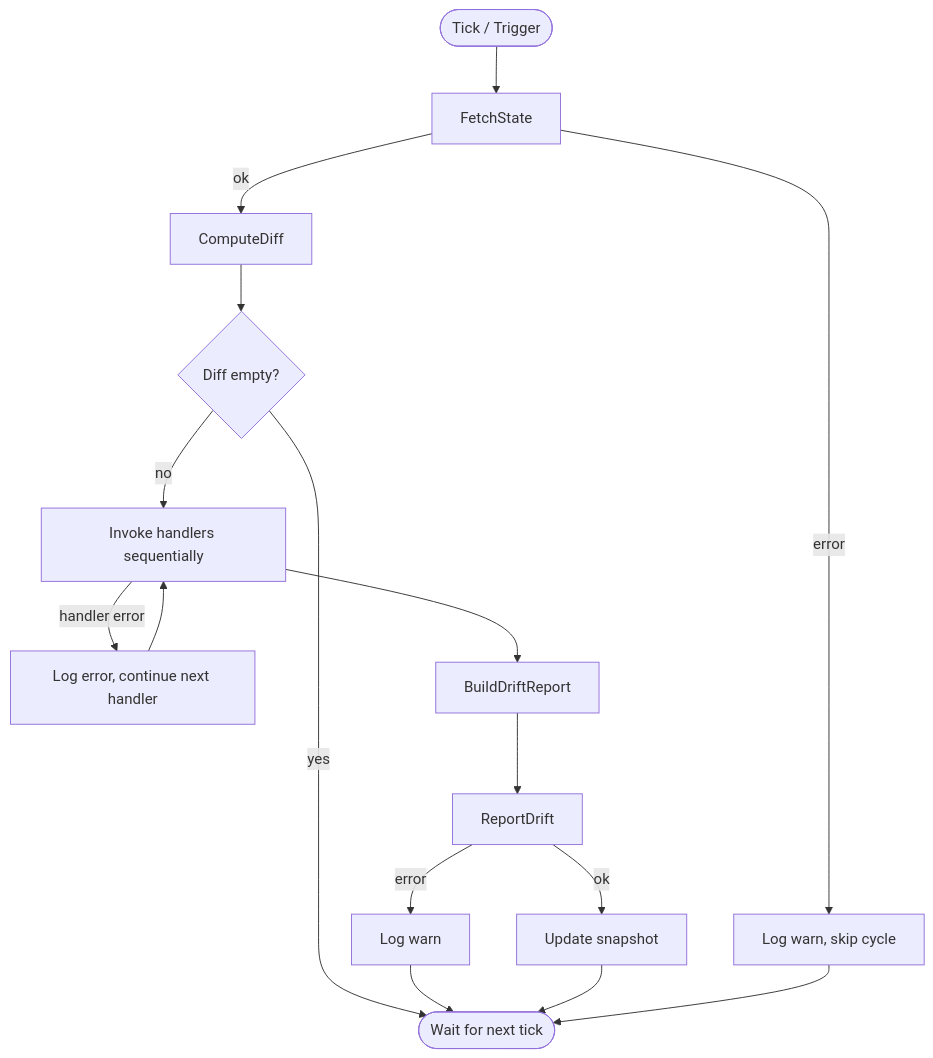
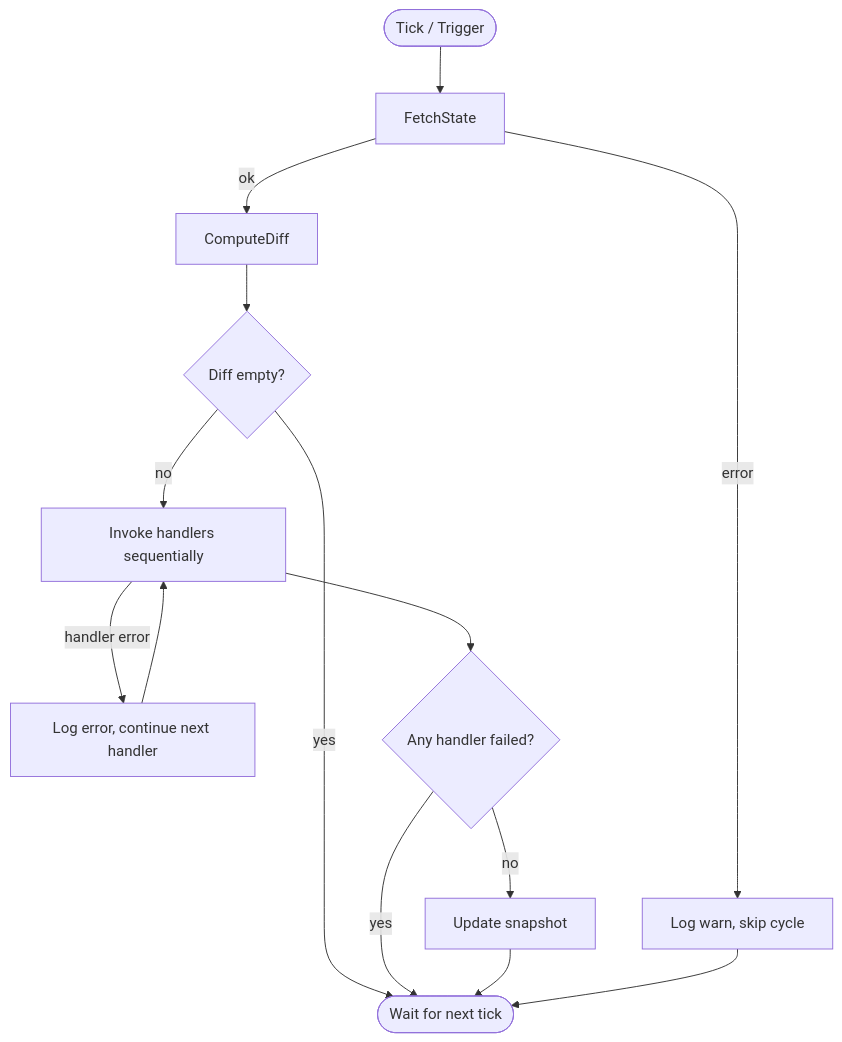
Before and after one commit to plexsphere/plexd: the diagram in docs/reference/core/reconciliation.md, drawn with Mermaid. The commit also changed other lines of this file and 19 other files, not shown here.

````diff
--- a/docs/reference/core/reconciliation.md
+++ b/docs/reference/core/reconciliation.md
@@ -109,18 +112,16 @@
 ```mermaid
 flowchart TD
     START([Tick / Trigger]) --> FETCH[FetchState]
     FETCH -->|error| SKIP_ERR[Log warn, skip cycle]
     FETCH -->|ok| DIFF[ComputeDiff]
     DIFF --> EMPTY{Diff empty?}
     EMPTY -->|yes| DONE([Wait for next tick])
     EMPTY -->|no| HANDLERS[Invoke handlers sequentially]
     HANDLERS -->|handler error| LOG_ERR[Log error, continue next handler]
     LOG_ERR --> HANDLERS
-    HANDLERS --> REPORT[BuildDriftReport]
-    REPORT --> SEND[ReportDrift]
-    SEND -->|error| LOG_WARN[Log warn]
-    SEND -->|ok| SNAPSHOT[Update snapshot]
-    LOG_WARN --> DONE
+    HANDLERS --> FAILED{Any handler failed?}
+    FAILED -->|yes| DONE
+    FAILED -->|no| SNAPSHOT[Update snapshot]
     SNAPSHOT --> DONE
     SKIP_ERR --> DONE
 ```
````
